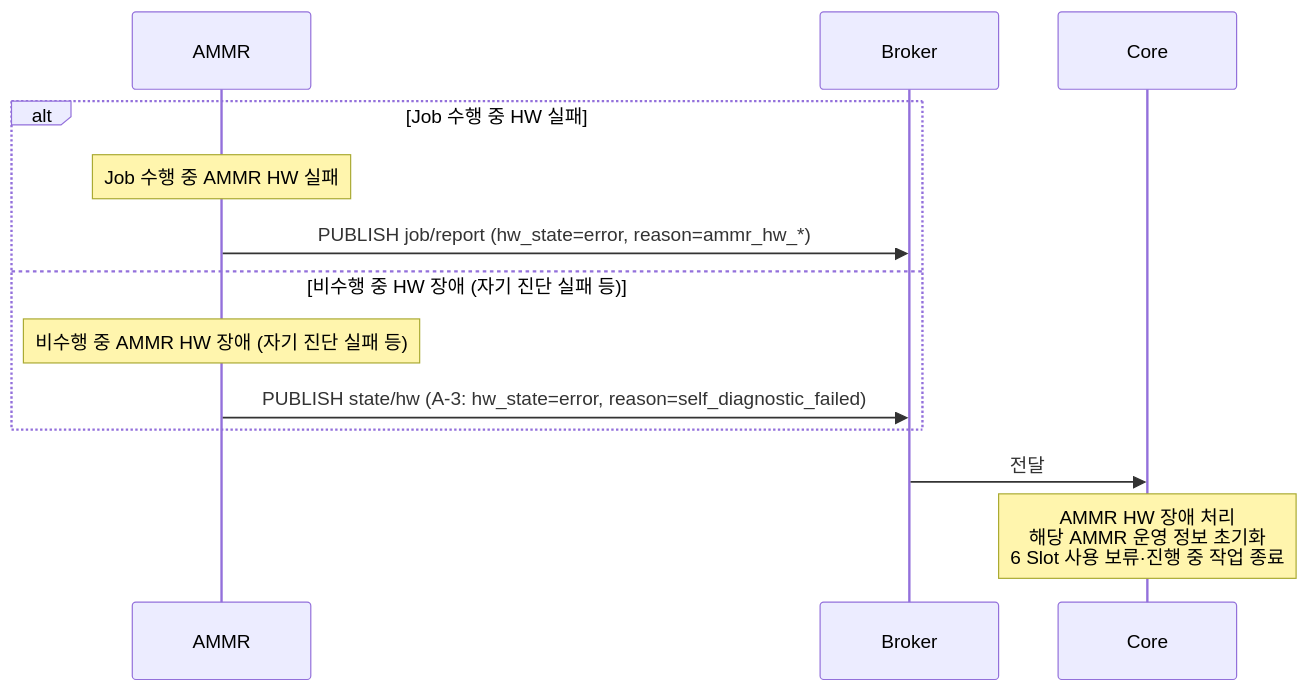
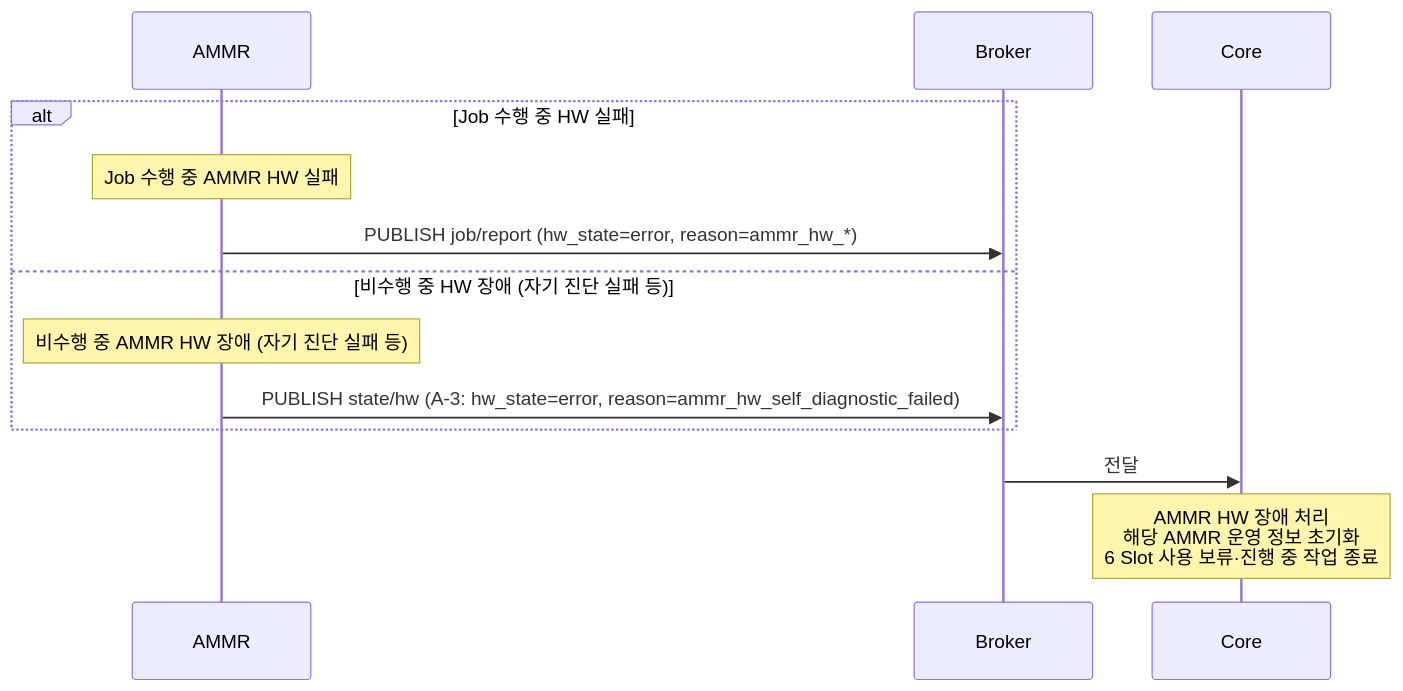
Diagram 11 of 15 in docs/out/Core_ICD_AMMR.md (kimminsu0315/Core-Docs), drawn with Mermaid before and after one commit. The commit also changed other lines of this file and 7 other files, not shown here.

````diff
--- a/docs/out/Core_ICD_AMMR.md
+++ b/docs/out/Core_ICD_AMMR.md
@@ -1336,16 +1601,16 @@
 ```mermaid
 sequenceDiagram
     participant A as AMMR
     participant B as Broker
     participant C as Core
 
     alt Job 수행 중 HW 실패
         Note over A: Job 수행 중 AMMR HW 실패
         A->>B: PUBLISH job/report (hw_state=error, reason=ammr_hw_*)
     else 비수행 중 HW 장애 (자기 진단 실패 등)
         Note over A: 비수행 중 AMMR HW 장애 (자기 진단 실패 등)
-        A->>B: PUBLISH state/hw (A-3: hw_state=error, reason=self_diagnostic_failed)
+        A->>B: PUBLISH state/hw (A-3: hw_state=error, reason=ammr_hw_self_diagnostic_failed)
     end
     B->>C: 전달
     Note over C: AMMR HW 장애 처리<br/>해당 AMMR 운영 정보 초기화<br/>6 Slot 사용 보류·진행 중 작업 종료
 ```
````
